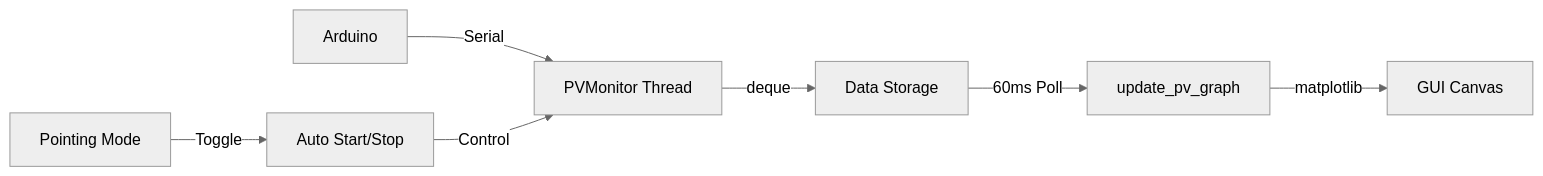
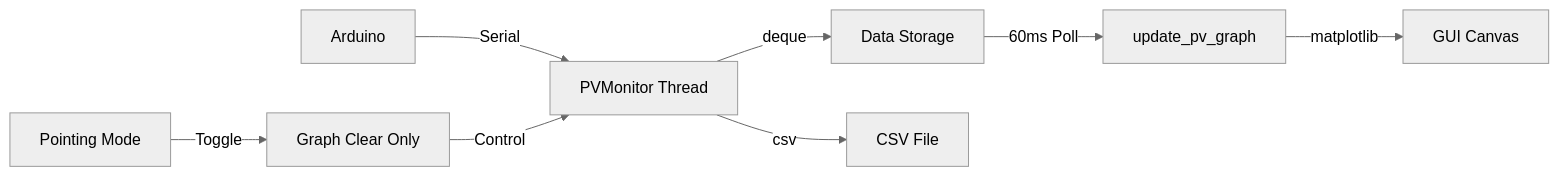
One commit to leontnhaps/PTCamera_waveshare changed the second of 2 diagrams in README.md. Above: the diagram before and after it, drawn with Mermaid (neutral theme). The commit also changed other lines of this file and 7 other files, not shown here.

````diff
--- a/README.md
+++ b/README.md
@@ -158,9 +155,10 @@
 ```mermaid
 graph LR
     A[Arduino] -->|Serial| B[PVMonitor Thread]
     B -->|deque| C[Data Storage]
+    B -->|csv| H[CSV File]
     C -->|60ms Poll| D[update_pv_graph]
     D -->|matplotlib| E[GUI Canvas]
-    F[Pointing Mode] -->|Toggle| G[Auto Start/Stop]
+    F[Pointing Mode] -->|Toggle| G[Graph Clear Only]
     G -->|Control| B
 ```
````
